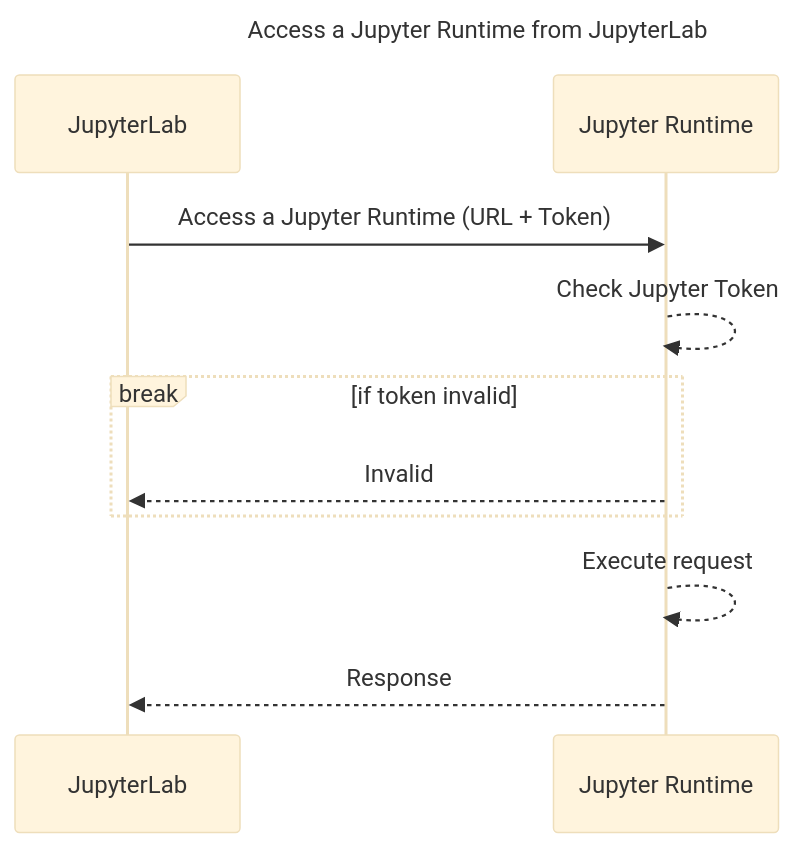
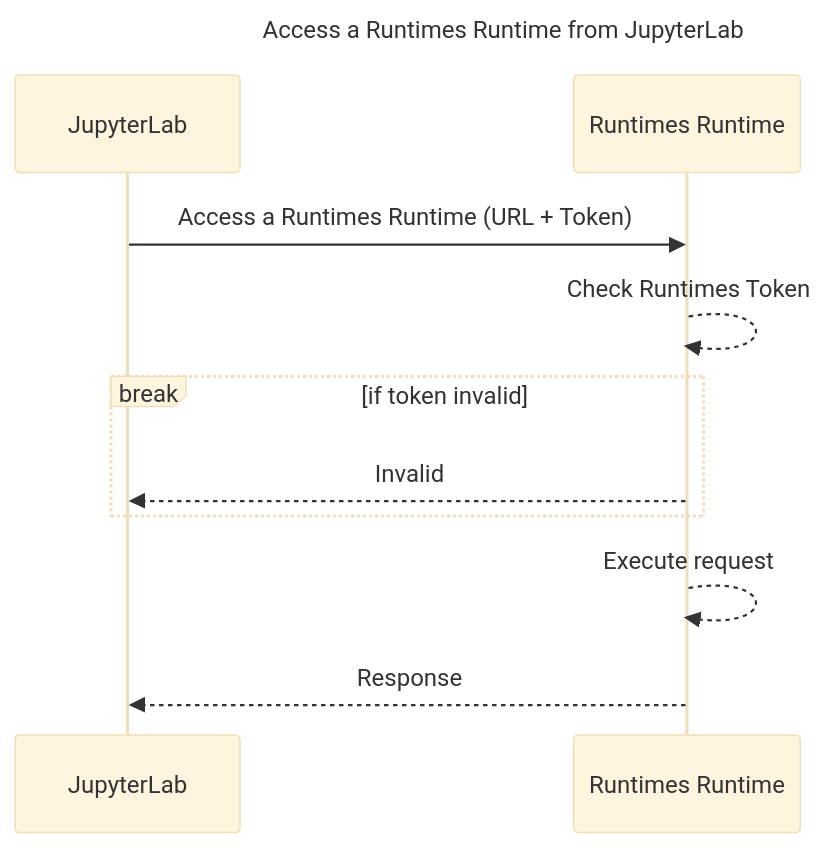
The fifth of 5 diagrams in docs/docs/services/02-iam/index.mdx (datalayer/clouder), drawn with Mermaid (base theme) before and after one commit. The commit also changed other lines of this file and 19 other files, not shown here.

````diff
--- a/docs/docs/services/02-iam/index.mdx
+++ b/docs/docs/services/02-iam/index.mdx
@@ -225,10 +225,10 @@
 ```mermaid
-sequenceDiagram title Access a Jupyter Runtime from JupyterLab
-    JupyterLab->>Jupyter Runtime: Access a Jupyter Runtime (URL + Token)
-    Jupyter Runtime-->>Jupyter Runtime: Check Jupyter Token
+sequenceDiagram title Access a Runtimes Runtime from JupyterLab
+    JupyterLab->>Runtimes Runtime: Access a Runtimes Runtime (URL + Token)
+    Runtimes Runtime-->>Runtimes Runtime: Check Runtimes Token
     break if token invalid
-      Jupyter Runtime-->>JupyterLab: Invalid
+      Runtimes Runtime-->>JupyterLab: Invalid
     end
-    Jupyter Runtime-->>Jupyter Runtime: Execute request
-    Jupyter Runtime-->>JupyterLab: Response
+    Runtimes Runtime-->>Runtimes Runtime: Execute request
+    Runtimes Runtime-->>JupyterLab: Response
 ```
````
